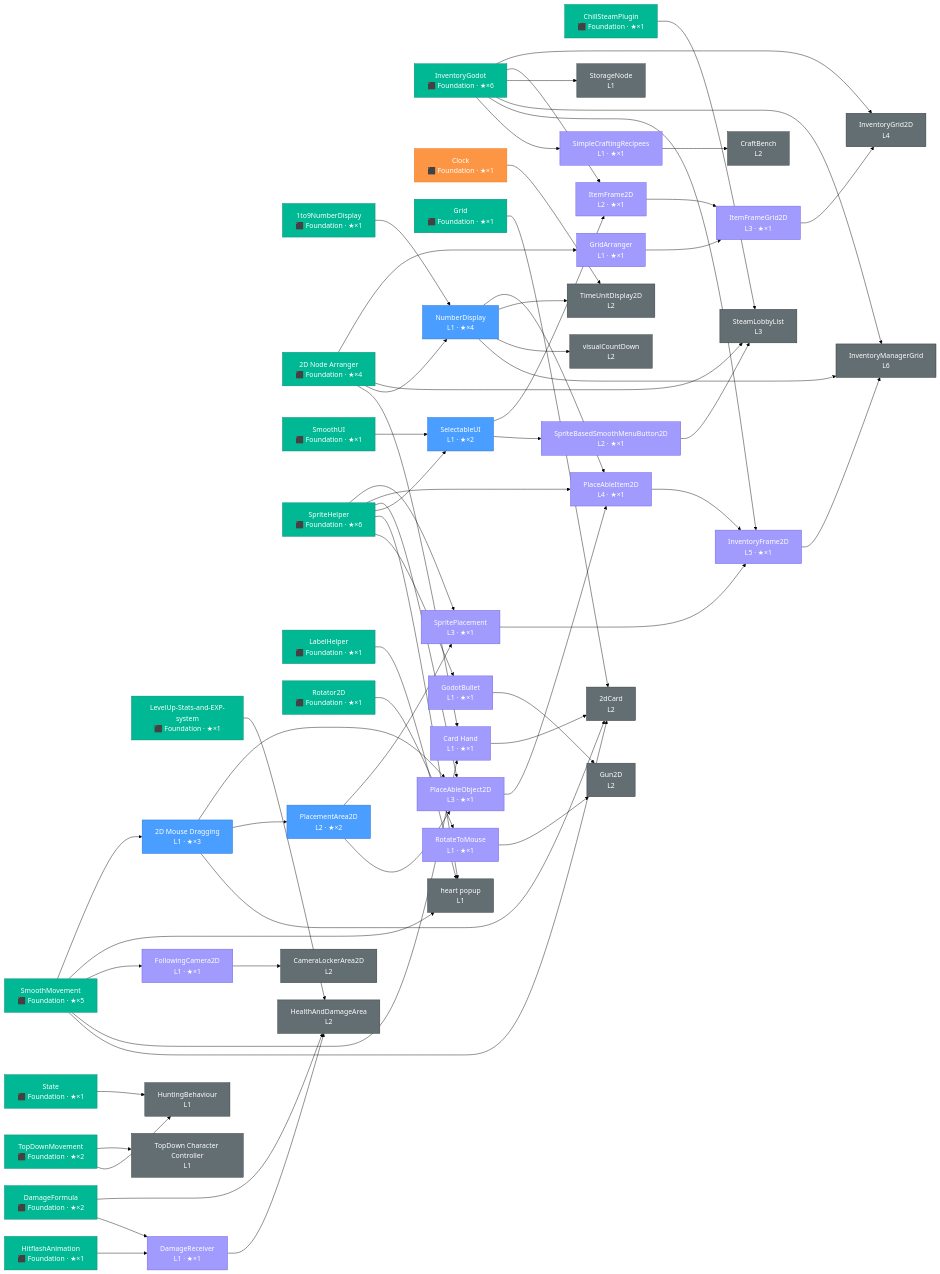
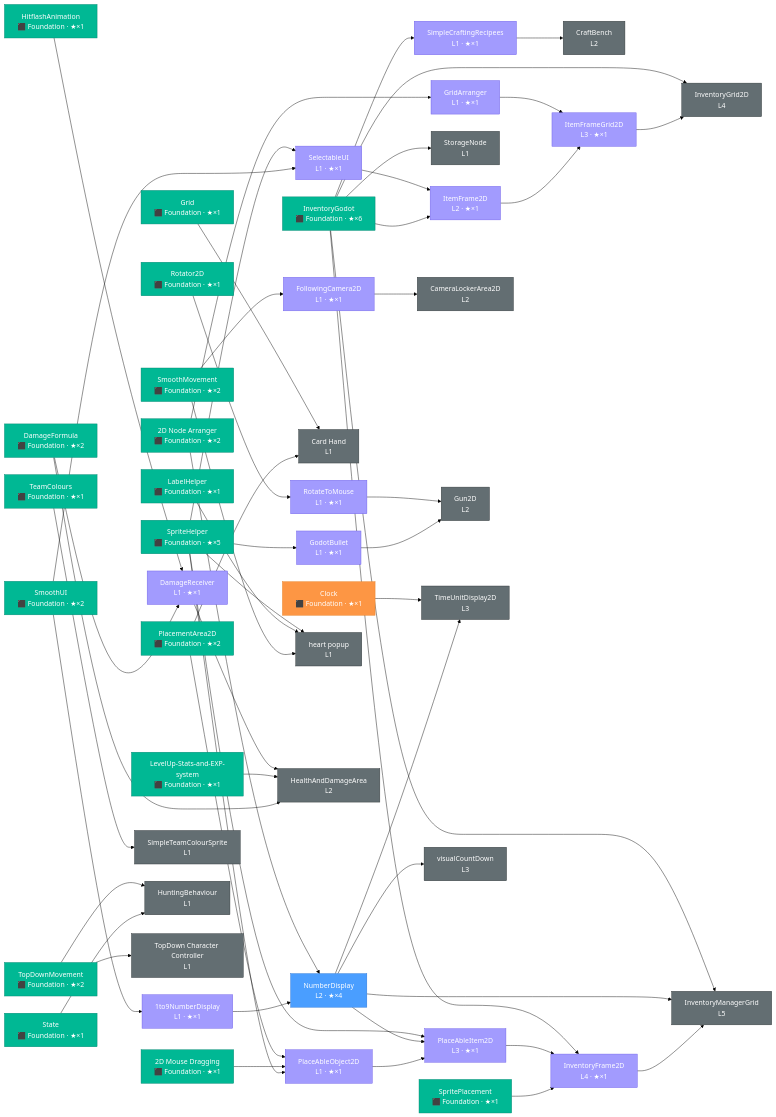
Before and after one commit to ChillCube/.github: the diagram in ADDONS.md, drawn with Mermaid (forest theme). The commit also changed other lines of this file, not shown here.

Commit message:
registry: update dependency tree

```diff
--- a/ADDONS.md
+++ b/ADDONS.md
@@ -208,107 +208,102 @@
     classDef leaf      fill:#636e72,stroke:#2d3436,color:#fff
     classDef external  fill:#fd9644,stroke:#e67e22,color:#fff
 
-    1to9numberdisplay["1to9NumberDisplay
+    clock["Clock
 ⬛ Foundation · ★×1"]
-    chillsteamplugin["ChillSteamPlugin
+    godot_levelup_stats_and_exp_system["LevelUp-Stats-and-EXP-system
+⬛ Foundation · ★×1"]
+    damageformula["DamageFormula
+⬛ Foundation · ★×2"]
+    godot_hitflashanimation["HitflashAnimation
+⬛ Foundation · ★×1"]
+    spriteplacement["SpritePlacement
 ⬛ Foundation · ★×1"]
     inventorygodot["InventoryGodot
 ⬛ Foundation · ★×6"]
     2d_node_arranger["2D Node Arranger
-⬛ Foundation · ★×4"]
-    clock["Clock
+⬛ Foundation · ★×2"]
+    godot_2d_mouse_dragging["2D Mouse Dragging
 ⬛ Foundation · ★×1"]
     smoothui["SmoothUI
-⬛ Foundation · ★×1"]
+⬛ Foundation · ★×2"]
+    placementarea2d["PlacementArea2D
+⬛ Foundation · ★×2"]
     spritehelper["SpriteHelper
-⬛ Foundation · ★×6"]
-    damageformula["DamageFormula
-⬛ Foundation · ★×2"]
-    godot_hitflashanimation["HitflashAnimation
-⬛ Foundation · ★×1"]
-    godot_levelup_stats_and_exp_system["LevelUp-Stats-and-EXP-system
-⬛ Foundation · ★×1"]
+⬛ Foundation · ★×5"]
     godot_grid["Grid
 ⬛ Foundation · ★×1"]
     godot_smoothmovement["SmoothMovement
-⬛ Foundation · ★×5"]
+⬛ Foundation · ★×2"]
+    rotator2d["Rotator2D
+⬛ Foundation · ★×1"]
     labelhelper["LabelHelper
 ⬛ Foundation · ★×1"]
-    rotator2d["Rotator2D
+    teamcolours["TeamColours
 ⬛ Foundation · ★×1"]
     state["State
 ⬛ Foundation · ★×1"]
     topdownmovement["TopDownMovement
 ⬛ Foundation · ★×2"]
-    numberdisplay["NumberDisplay
-L1 · ★×4"]
+    damagereceiver["DamageReceiver
+L1 · ★×1"]
     gridarranger["GridArranger
+L1 · ★×1"]
+    simplecraftingrecipees["SimpleCraftingRecipees
 L1 · ★×1"]
     storagenode["StorageNode
 L1"]
+    placeableobject2d["PlaceAbleObject2D
+L1 · ★×1"]
     selectableui["SelectableUI
-L1 · ★×2"]
-    simplecraftingrecipees["SimpleCraftingRecipees
 L1 · ★×1"]
-    godot_2d_mouse_dragging["2D Mouse Dragging
-L1 · ★×3"]
-    damagereceiver["DamageReceiver
+    1to9numberdisplay["1to9NumberDisplay
 L1 · ★×1"]
     card_hand["Card Hand
+L1"]
+    followingcamera2d["FollowingCamera2D
 L1 · ★×1"]
     godotbullet["GodotBullet
 L1 · ★×1"]
+    rotatetomouse["RotateToMouse
+L1 · ★×1"]
     heart_popup["heart popup
 L1"]
-    rotatetomouse["RotateToMouse
-L1 · ★×1"]
-    followingcamera2d["FollowingCamera2D
-L1 · ★×1"]
+    simpleteamcoloursprite["SimpleTeamColourSprite
+L1"]
     huntingbehaviour["HuntingBehaviour
 L1"]
     godot_topdown_character_controller["TopDown Character Controller
 L1"]
-    visualcountdown["visualCountDown
+    healthanddamagearea["HealthAndDamageArea
 L2"]
-    godot_spritebasedsmoothmenubutton2d["SpriteBasedSmoothMenuButton2D
-L2 · ★×1"]
-    timeunitdisplay2d["TimeUnitDisplay2D
+    craftbench["CraftBench
 L2"]
     itemframe2d["ItemFrame2D
 L2 · ★×1"]
-    craftbench["CraftBench
-L2"]
-    placementarea2d["PlacementArea2D
-L2 · ★×2"]
-    healthanddamagearea["HealthAndDamageArea
-L2"]
-    2dcard["2dCard
+    numberdisplay["NumberDisplay
+L2 · ★×4"]
+    cameralockerarea2d["CameraLockerArea2D
 L2"]
     gun2d["Gun2D
 L2"]
-    cameralockerarea2d["CameraLockerArea2D
-L2"]
-    steamlobbylist["SteamLobbyList
+    timeunitdisplay2d["TimeUnitDisplay2D
 L3"]
     itemframegrid2d["ItemFrameGrid2D
 L3 · ★×1"]
-    spriteplacement["SpritePlacement
+    placeableitem2d["PlaceAbleItem2D
 L3 · ★×1"]
-    placeableobject2d["PlaceAbleObject2D
-L3 · ★×1"]
+    visualcountdown["visualCountDown
+L3"]
     inventorygrid2d["InventoryGrid2D
 L4"]
-    placeableitem2d["PlaceAbleItem2D
+    inventoryframe2d["InventoryFrame2D
 L4 · ★×1"]
-    inventoryframe2d["InventoryFrame2D
-L5 · ★×1"]
     inventorymanagergrid["InventoryManagerGrid
-L6"]
+L5"]
 
+    teamcolours --> simpleteamcoloursprite
     godotbullet --> gun2d
     rotatetomouse --> gun2d
-    placementarea2d --> spriteplacement
-    spritehelper --> spriteplacement
     placeableobject2d --> placeableitem2d
     numberdisplay --> placeableitem2d
     spritehelper --> placeableitem2d
@@ -316,18 +311,15 @@
     godot_2d_mouse_dragging --> placeableobject2d
     placementarea2d --> placeableobject2d
     2d_node_arranger --> gridarranger
-    godot_smoothmovement --> godot_2d_mouse_dragging
     topdownmovement --> godot_topdown_character_controller
     state --> huntingbehaviour
     topdownmovement --> huntingbehaviour
-    chillsteamplugin --> steamlobbylist
-    2d_node_arranger --> steamlobbylist
-    godot_spritebasedsmoothmenubutton2d --> steamlobbylist
     numberdisplay --> timeunitdisplay2d
     clock --> timeunitdisplay2d
     numberdisplay --> visualcountdown
     smoothui --> selectableui
     spritehelper --> selectableui
+    smoothui --> 1to9numberdisplay
     1to9numberdisplay --> numberdisplay
     2d_node_arranger --> numberdisplay
     itemframegrid2d --> inventorygrid2d
@@ -337,7 +329,6 @@
     godot_smoothmovement --> heart_popup
     labelhelper --> heart_popup
     spritehelper --> heart_popup
-    selectableui --> godot_spritebasedsmoothmenubutton2d
     damageformula --> healthanddamagearea
     godot_levelup_stats_and_exp_system --> healthanddamagearea
     damagereceiver --> healthanddamagearea
@@ -356,33 +347,25 @@
     simplecraftingrecipees --> craftbench
     inventorygodot --> simplecraftingrecipees
     godot_smoothmovement --> followingcamera2d
-    godot_2d_mouse_dragging --> placementarea2d
-    2d_node_arranger --> card_hand
-    godot_smoothmovement --> card_hand
-    godot_smoothmovement --> 2dcard
-    godot_2d_mouse_dragging --> 2dcard
-    card_hand --> 2dcard
-    godot_grid --> 2dcard
+    placementarea2d --> card_hand
+    godot_grid --> card_hand
     followingcamera2d --> cameralockerarea2d
     rotator2d --> rotatetomouse
 
-    class 1to9numberdisplay foundation
+    class 1to9numberdisplay shared
     class 2d_node_arranger foundation
-    class 2dcard leaf
     class cameralockerarea2d leaf
-    class card_hand shared
-    class chillsteamplugin foundation
+    class card_hand leaf
     class clock external
     class craftbench leaf
     class damageformula foundation
     class damagereceiver shared
     class followingcamera2d shared
-    class godot_2d_mouse_dragging core
+    class godot_2d_mouse_dragging foundation
     class godot_grid foundation
     class godot_hitflashanimation foundation
     class godot_levelup_stats_and_exp_system foundation
     class godot_smoothmovement foundation
-    class godot_spritebasedsmoothmenubutton2d shared
     class godot_topdown_character_controller leaf
     class godotbullet shared
     class gridarranger shared
@@ -400,27 +383,26 @@
     class numberdisplay core
     class placeableitem2d shared
     class placeableobject2d shared
-    class placementarea2d core
+    class placementarea2d foundation
     class rotatetomouse shared
     class rotator2d foundation
-    class selectableui core
+    class selectableui shared
     class simplecraftingrecipees shared
+    class simpleteamcoloursprite leaf
     class smoothui foundation
     class spritehelper foundation
-    class spriteplacement shared
+    class spriteplacement foundation
     class state foundation
-    class steamlobbylist leaf
     class storagenode leaf
+    class teamcolours foundation
     class timeunitdisplay2d leaf
     class topdownmovement foundation
     class visualcountdown leaf
 
     click 1to9numberdisplay href "https://github.com/ChillCube/1to9NumberDisplay" _blank
     click 2d_node_arranger href "https://github.com/ChillCube/2d_node_arranger" _blank
-    click 2dcard href "https://github.com/ChillCube/2dCard" _blank
     click cameralockerarea2d href "https://github.com/ChillCube/CameraLockerArea2D" _blank
     click card_hand href "https://github.com/ChillCube/Card_Hand" _blank
-    click chillsteamplugin href "https://github.com/ChillCube/ChillSteamPlugin" _blank
     click clock href "https://github.com/ChillCube/Clock" _blank
     click craftbench href "https://github.com/ChillCube/CraftBench" _blank
     click damageformula href "https://github.com/ChillCube/DamageFormula" _blank
@@ -431,7 +413,6 @@
     click godot_hitflashanimation href "https://github.com/ChillCube/Godot_HitflashAnimation" _blank
     click godot_levelup_stats_and_exp_system href "https://github.com/ChillCube/Godot_LevelUp-Stats-and-EXP-system" _blank
     click godot_smoothmovement href "https://github.com/ChillCube/Godot_SmoothMovement" _blank
-    click godot_spritebasedsmoothmenubutton2d href "https://github.com/ChillCube/Godot_SpriteBasedSmoothMenuButton2D" _blank
     click godot_topdown_character_controller href "https://github.com/ChillCube/Godot_TopDown_Character_Controller" _blank
     click godotbullet href "https://github.com/ChillCube/GodotBullet" _blank
     click gridarranger href "https://github.com/ChillCube/GridArranger" _blank
@@ -454,12 +435,13 @@
     click rotator2d href "https://github.com/ChillCube/Rotator2D" _blank
     click selectableui href "https://github.com/ChillCube/SelectableUI" _blank
     click simplecraftingrecipees href "https://github.com/ChillCube/SimpleCraftingRecipees" _blank
+    click simpleteamcoloursprite href "https://github.com/ChillCube/SimpleTeamColourSprite" _blank
     click smoothui href "https://github.com/ChillCube/SmoothUI" _blank
     click spritehelper href "https://github.com/ChillCube/SpriteHelper" _blank
     click spriteplacement href "https://github.com/ChillCube/SpritePlacement" _blank
     click state href "https://github.com/ChillCube/State" _blank
-    click steamlobbylist href "https://github.com/ChillCube/SteamLobbyList" _blank
     click storagenode href "https://github.com/ChillCube/StorageNode" _blank
+    click teamcolours href "https://github.com/ChillCube/TeamColours" _blank
     click timeunitdisplay2d href "https://github.com/ChillCube/TimeUnitDisplay2D" _blank
     click topdownmovement href "https://github.com/ChillCube/TopDownMovement" _blank
     click visualcountdown href "https://github.com/ChillCube/visualCountDown" _blank
```
